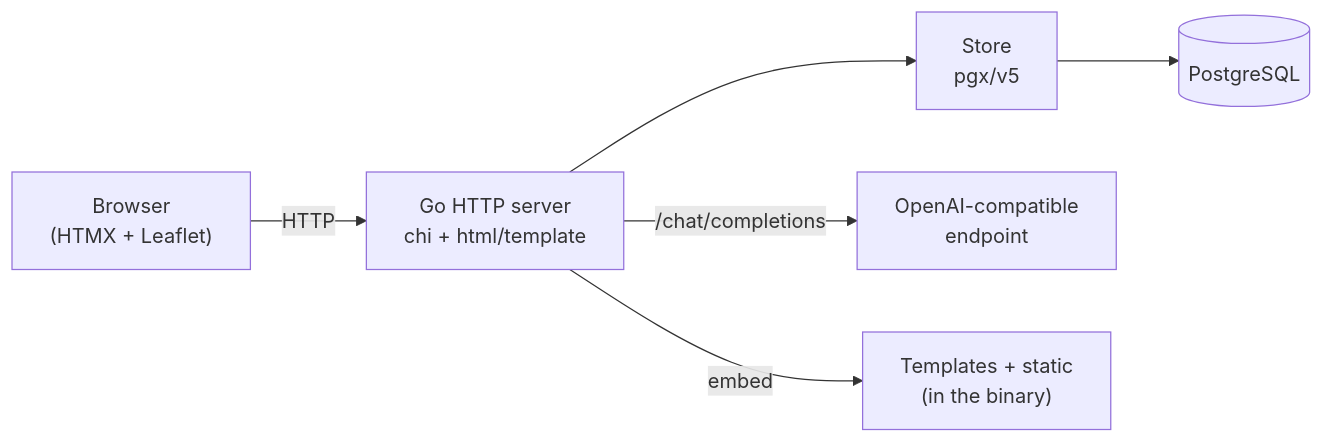
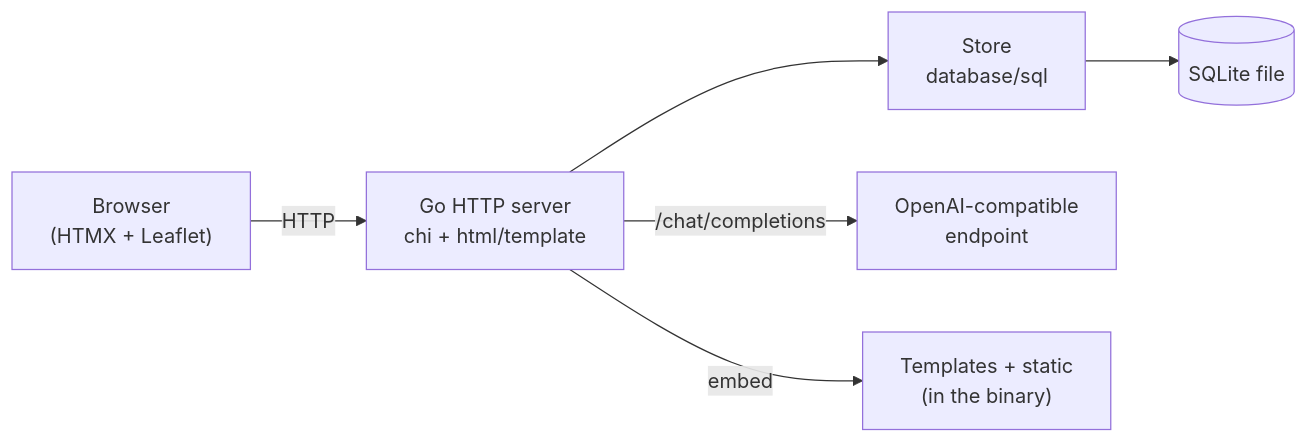
Before and after one commit to daknoblo/VacationPlanner: the diagram in README.md, drawn with Mermaid. The commit also changed other lines of this file and 17 other files, not shown here.

First line of the commit message:
Refactor database handling to support SQLite

````diff
--- a/README.md
+++ b/README.md
@@ -37,8 +37,8 @@
 ```mermaid
 flowchart LR
     Browser["Browser<br/>(HTMX + Leaflet)"] -->|HTTP| Server["Go HTTP server<br/>chi + html/template"]
-    Server --> Store["Store<br/>pgx/v5"]
-    Store --> DB[("PostgreSQL")]
+    Server --> Store["Store<br/>database/sql"]
+    Store --> DB[("SQLite file")]
     Server -->|/chat/completions| AI["OpenAI-compatible<br/>endpoint"]
     Server -->|embed| Assets["Templates + static<br/>(in the binary)"]
 ```
````
